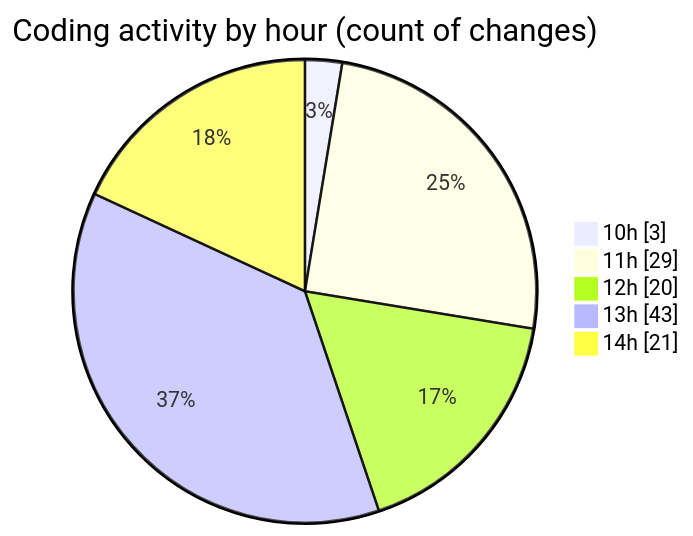
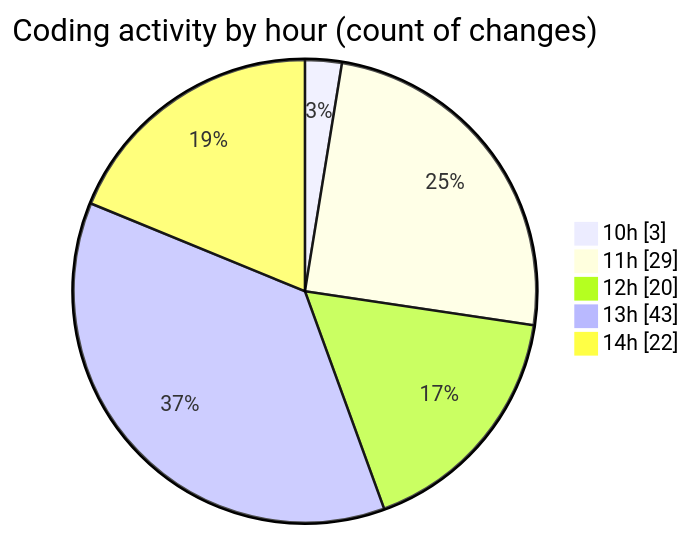
One commit to EIIisD/code-tracking changed the second of 2 diagrams in 2025-08-14/ribbon/README.md. Above: the diagram before and after it, drawn with Mermaid. The commit also changed other lines of this file and 1 other file, not shown here.

````diff
--- a/2025-08-14/ribbon/README.md
+++ b/2025-08-14/ribbon/README.md
@@ -40,9 +40,9 @@
 ```mermaid
 pie showData
 title Coding activity by hour (count of changes)
 "10h" : 3
 "11h" : 29
 "12h" : 20
 "13h" : 43
-"14h" : 21
+"14h" : 22
 ```
````
